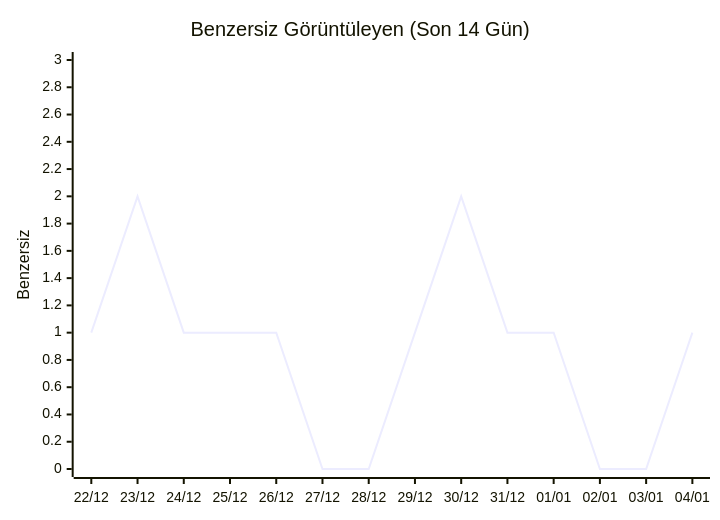
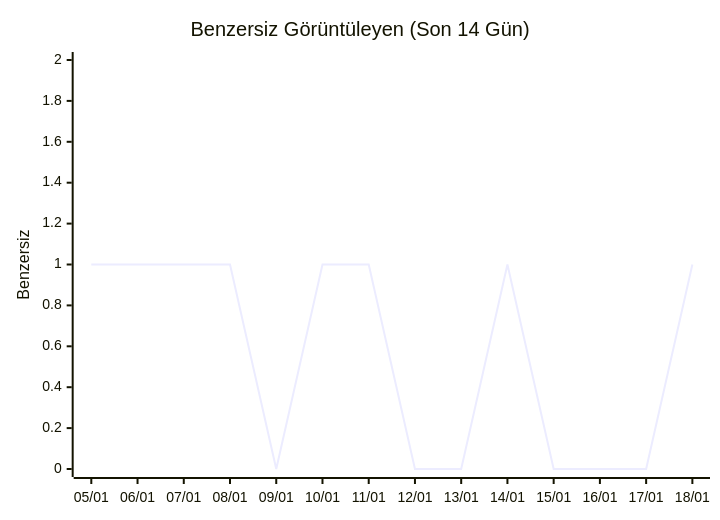
The second of 3 diagrams in README.md (metehanboy/epint), drawn with Mermaid before and after one commit. The commit also changed other lines of this file and 3 other files, not shown here.

````diff
--- a/README.md
+++ b/README.md
@@ -271,7 +271,7 @@
 ```mermaid
 xychart-beta
     title "Benzersiz Görüntüleyen (Son 14 Gün)"
-    x-axis ["22/12", "23/12", "24/12", "25/12", "26/12", "27/12", "28/12", "29/12", "30/12", "31/12", "01/01", "02/01", "03/01", "04/01"]
-    y-axis "Benzersiz" 0 --> 3
-    line [1, 2, 1, 1, 1, 0, 0, 1, 2, 1, 1, 0, 0, 1]
+    x-axis ["05/01", "06/01", "07/01", "08/01", "09/01", "10/01", "11/01", "12/01", "13/01", "14/01", "15/01", "16/01", "17/01", "18/01"]
+    y-axis "Benzersiz" 0 --> 2
+    line [1, 1, 1, 1, 0, 1, 1, 0, 0, 1, 0, 0, 0, 1]
 ```
````
